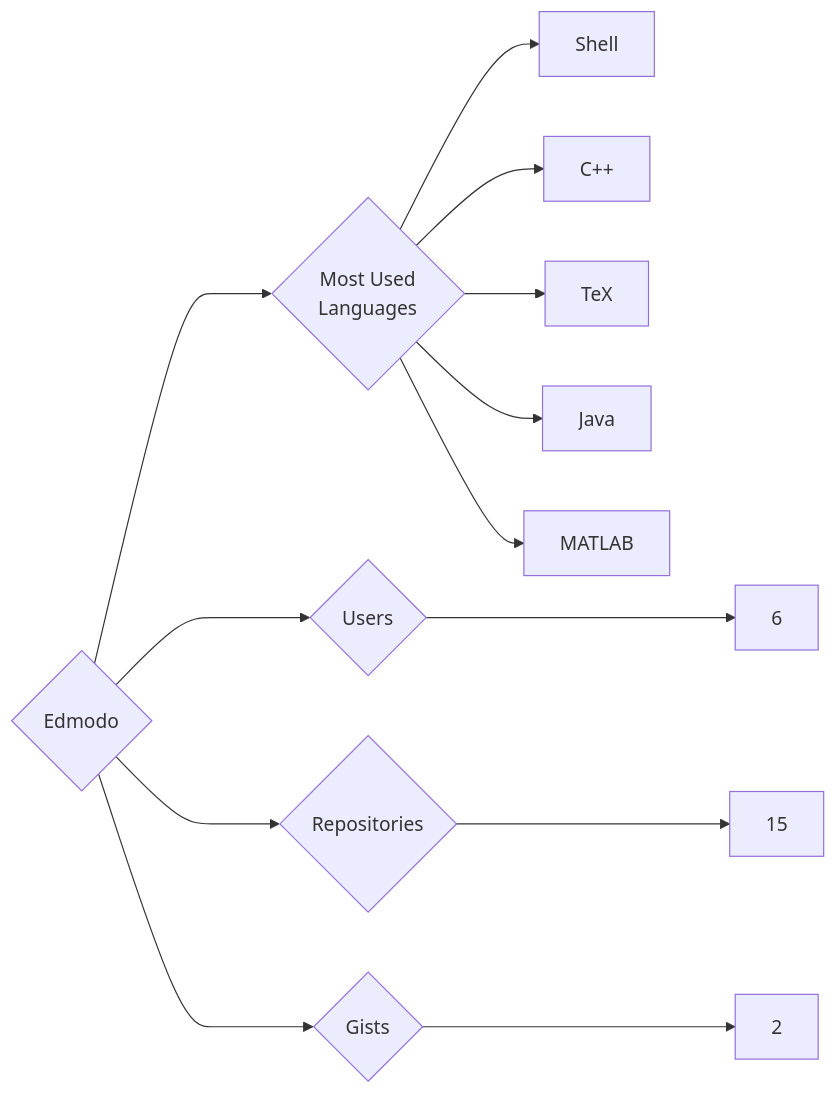
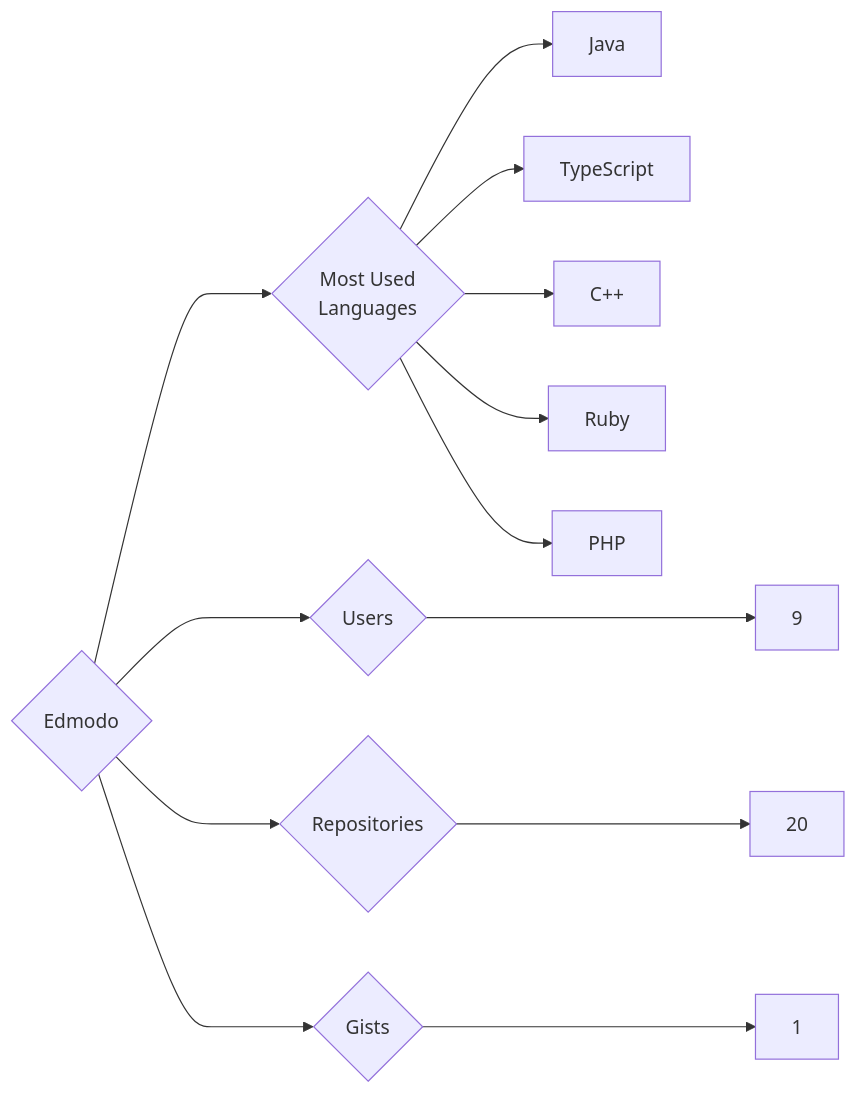
The diagram in targets/Edmodo/README.md (trickest/insiders), drawn with Mermaid before and after one commit. The commit also changed 1195 other files, not shown here.

````diff
--- a/targets/Edmodo/README.md
+++ b/targets/Edmodo/README.md
@@ -3,13 +3,13 @@
 ```mermaid
 graph LR
 COMPANY_NAME{Edmodo}
-COMPANY_NAME ---> U{Users} ---> UN[6]
-COMPANY_NAME ---> R{Repositories} ---> RN[15]
-COMPANY_NAME ---> G{Gists} ---> GN[2]
+COMPANY_NAME ---> U{Users} ---> UN[9]
+COMPANY_NAME ---> R{Repositories} ---> RN[20]
+COMPANY_NAME ---> G{Gists} ---> GN[1]
 COMPANY_NAME ---> ML{Most Used<br>Languages}
-ML --> Shell[Shell]
+ML --> Java[Java]
+ML --> TypeScript[TypeScript]
 ML --> C++[C++]
-ML --> TeX[TeX]
-ML --> Java[Java]
-ML --> MATLAB[MATLAB]
+ML --> Ruby[Ruby]
+ML --> PHP[PHP]
 ```
````
